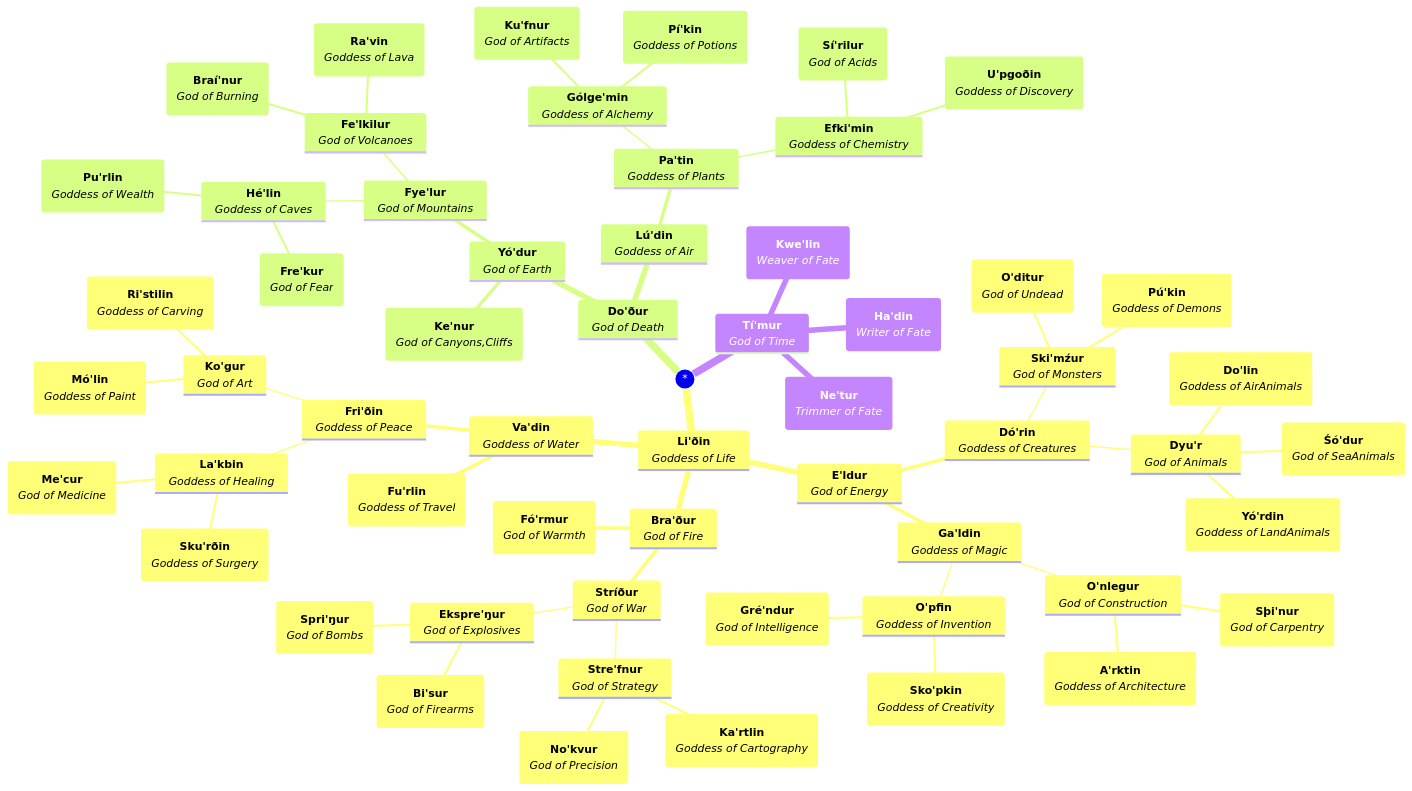
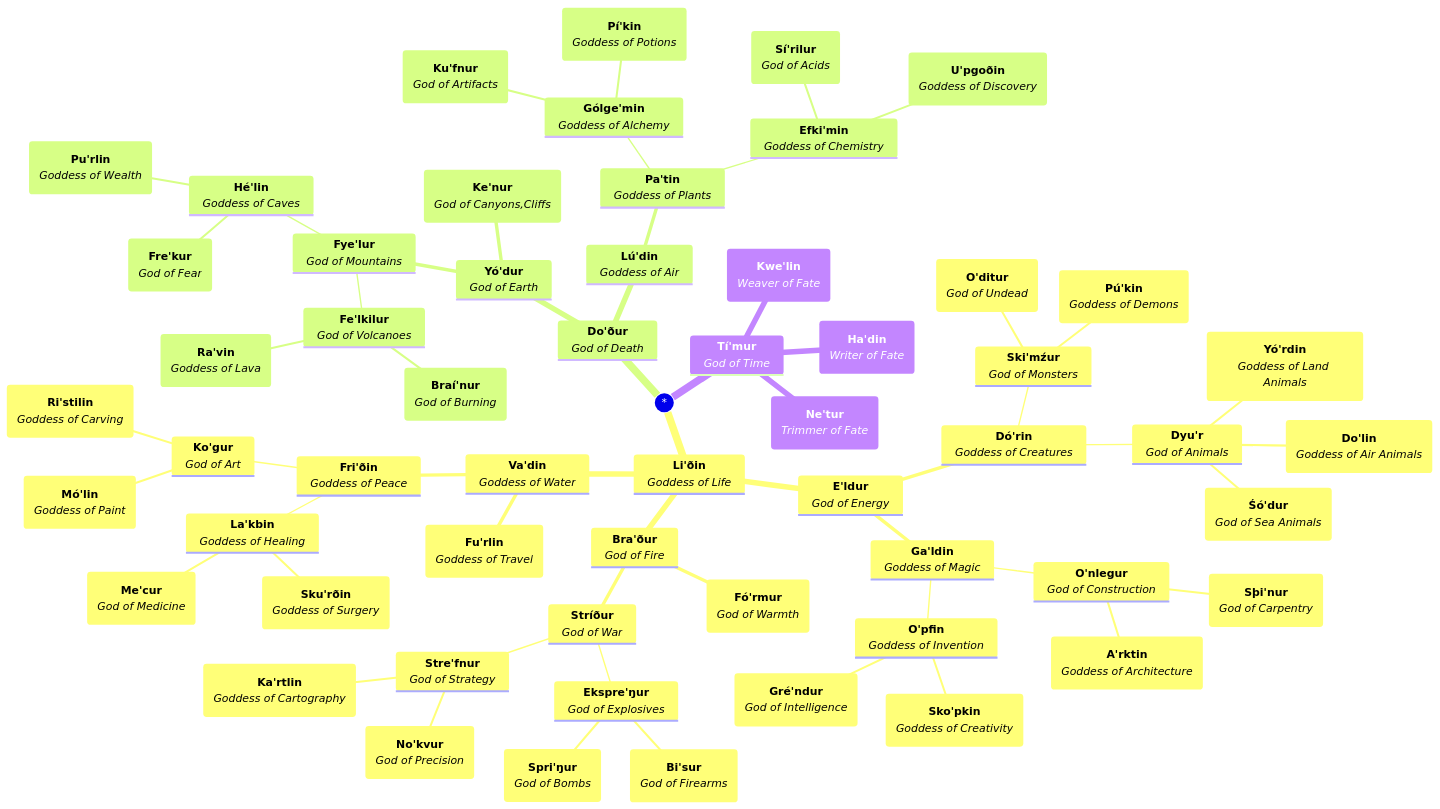
One commit to JactusTheCactus/conscript-font-gen changed the fifth of 5 diagrams in mermaid.md. Above: the diagram before and after it, drawn with Mermaid. The commit also changed other lines of this file and 3 other files, not shown here.

````diff
--- a/mermaid.md
+++ b/mermaid.md
@@ -65,61 +65,61 @@
 ```mermaid
 mindmap
 ((*))
 	**Li'ðin**<br>*Goddess of Life*
 		**E'ldur**<br>*God of Energy*
 			**Dó'rin**<br>*Goddess of Creatures*
 				**Ski'mźur**<br>*God of Monsters*
 					(**O'ditur**<br>*God of Undead*)
 					(**Pú'kin**<br>*Goddess of Demons*)
 				**Dyu'r**<br>*God of Animals*
-					(**Do'lin**<br>*Goddess of AirAnimals*)
-					(**Yó'rdin**<br>*Goddess of LandAnimals*)
-					(**Śó'dur**<br>*God of SeaAnimals*)
+					(**Do'lin**<br>*Goddess of Air Animals*)
+					(**Yó'rdin**<br>*Goddess of Land Animals*)
+					(**Śó'dur**<br>*God of Sea Animals*)
 			**Ga'ldin**<br>*Goddess of Magic*
 				**O'pfin**<br>*Goddess of Invention*
 					(**Gré'ndur**<br>*God of Intelligence*)
 					(**Sko'pkin**<br>*Goddess of Creativity*)
 				**O'nlegur**<br>*God of Construction*
 					(**Sþi'nur**<br>*God of Carpentry*)
 					(**A'rktin**<br>*Goddess of Architecture*)
 		**Bra'ður**<br>*God of Fire*
 			**Stríður**<br>*God of War*
 				**Ekspre'ŋur**<br>*God of Explosives*
 					(**Bi'sur**<br>*God of Firearms*)
 					(**Spri'ŋur**<br>*God of Bombs*)
 				**Stre'fnur**<br>*God of Strategy*
 					(**Ka'rtlin**<br>*Goddess of Cartography*)
 					(**No'kvur**<br>*God of Precision*)
 			(**Fó'rmur**<br>*God of Warmth*)
 		**Va'din**<br>*Goddess of Water*
 			**Fri'ðin**<br>*Goddess of Peace*
 				**La'kbin**<br>*Goddess of Healing*
 					(**Sku'rðin**<br>*Goddess of Surgery*)
 					(**Me'cur**<br>*God of Medicine*)
 				**Ko'gur**<br>*God of Art*
 					(**Ri'stilin**<br>*Goddess of Carving*)
 					(**Mó'lin**<br>*Goddess of Paint*)
 			(**Fu'rlin**<br>*Goddess of Travel*)
 	**Do'ður**<br>*God of Death*
 		**Yó'dur**<br>*God of Earth*
 			**Fye'lur**<br>*God of Mountains*
 				**Fe'lkilur**<br>*God of Volcanoes*
 					(**Ra'vin**<br>*Goddess of Lava*)
 					(**Braí'nur**<br>*God of Burning*)
 				**Hé'lin**<br>*Goddess of Caves*
 					(**Fre'kur**<br>*God of Fear*)
 					(**Pu'rlin**<br>*Goddess of Wealth*)
 			(**Ke'nur**<br>*God of Canyons,Cliffs*)
 		**Lú'din**<br>*Goddess of Air*
 			**Pa'tin**<br>*Goddess of Plants*
 				**Gólge'min**<br>*Goddess of Alchemy*
 					(**Ku'fnur**<br>*God of Artifacts*)
 					(**Pí'kin**<br>*Goddess of Potions*)
 				**Efki'min**<br>*Goddess of Chemistry*
 					(**Sí'rilur**<br>*God of Acids*)
 					(**U'pgoðin**<br>*Goddess of Discovery*)
 	**Tí'mur**<br>*God of Time*
 		(**Kwe'lin**<br>*Weaver of Fate*)
 		(**Ha'din**<br>*Writer of Fate*)
 		(**Ne'tur**<br>*Trimmer of Fate*)
 ```
````
